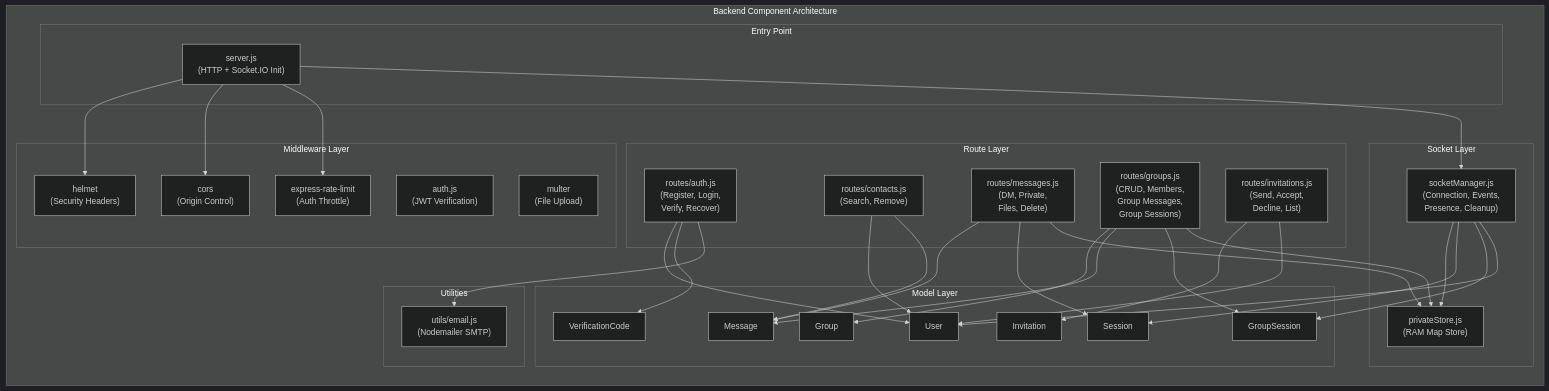
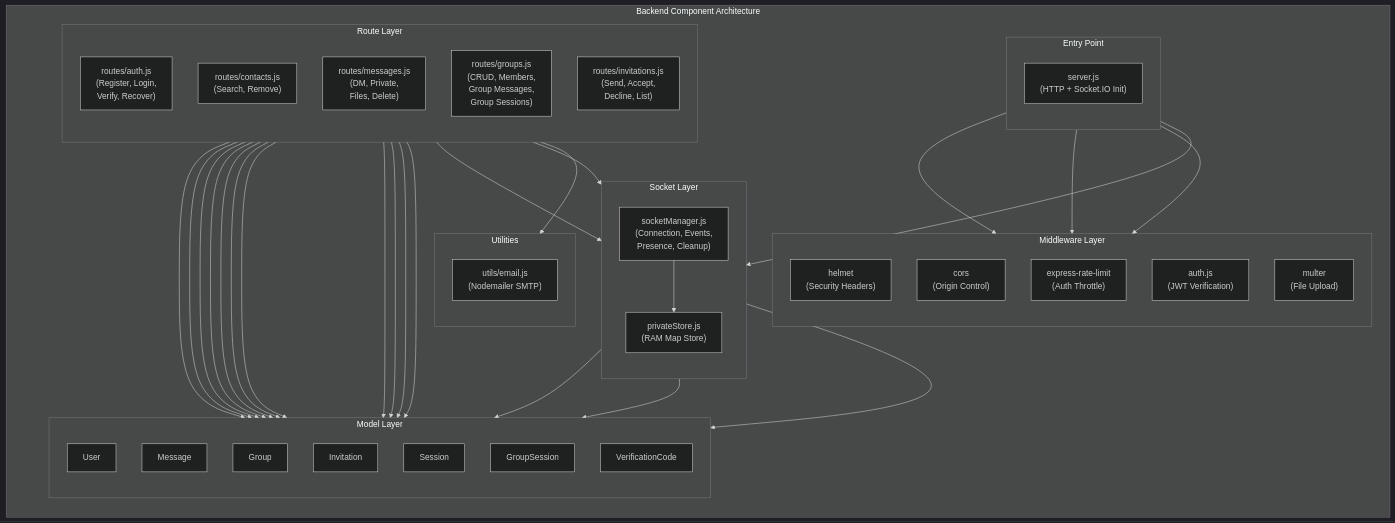
Before and after one commit to Aften-Himmel/privacy_chat: the second of 9 diagrams in report_sections/section_4_system_design.md, drawn with Mermaid (dark theme). The commit also changed other lines of this file and 23 other files, not shown here.

````diff
--- a/report_sections/section_4_system_design.md
+++ b/report_sections/section_4_system_design.md
@@ -62,52 +62,59 @@
 ```mermaid
-flowchart LR
+flowchart TD
     subgraph "Backend Component Architecture"
+        direction TB
         subgraph "Entry Point"
+            direction TB
             SERVER["server.js\n(HTTP + Socket.IO Init)"]
         end
 
         subgraph "Middleware Layer"
+            direction TB
             HELM["helmet\n(Security Headers)"]
             CORS_MW["cors\n(Origin Control)"]
             RATE["express-rate-limit\n(Auth Throttle)"]
             AUTH_MW["auth.js\n(JWT Verification)"]
             MULTER["multer\n(File Upload)"]
         end
 
         subgraph "Route Layer"
+            direction TB
             R_AUTH["routes/auth.js\n(Register, Login,\nVerify, Recover)"]
             R_CONT["routes/contacts.js\n(Search, Remove)"]
             R_MSG["routes/messages.js\n(DM, Private,\nFiles, Delete)"]
             R_GRP["routes/groups.js\n(CRUD, Members,\nGroup Messages,\nGroup Sessions)"]
             R_INV["routes/invitations.js\n(Send, Accept,\nDecline, List)"]
         end
 
         subgraph "Model Layer"
+            direction TB
             M_USER["User"]
             M_MSG["Message"]
             M_GRP["Group"]
             M_INV["Invitation"]
             M_SESS["Session"]
             M_GSESS["GroupSession"]
             M_VCODE["VerificationCode"]
         end
 
         subgraph "Socket Layer"
+            direction TB
             SM["socketManager.js\n(Connection, Events,\nPresence, Cleanup)"]
             PS["privateStore.js\n(RAM Map Store)"]
         end
 
         subgraph "Utilities"
+            direction TB
             MAIL["utils/email.js\n(Nodemailer SMTP)"]
         end
     end
 
     SERVER --> HELM & CORS_MW & RATE
     SERVER --> SM
     R_AUTH --> M_USER & M_VCODE & MAIL
     R_CONT --> M_USER & M_MSG
     R_MSG --> M_MSG & M_SESS & PS
     R_GRP --> M_GRP & M_MSG & M_GSESS & PS
     R_INV --> M_INV & M_USER
     SM --> PS & M_SESS & M_GSESS & M_USER
 ```
````
